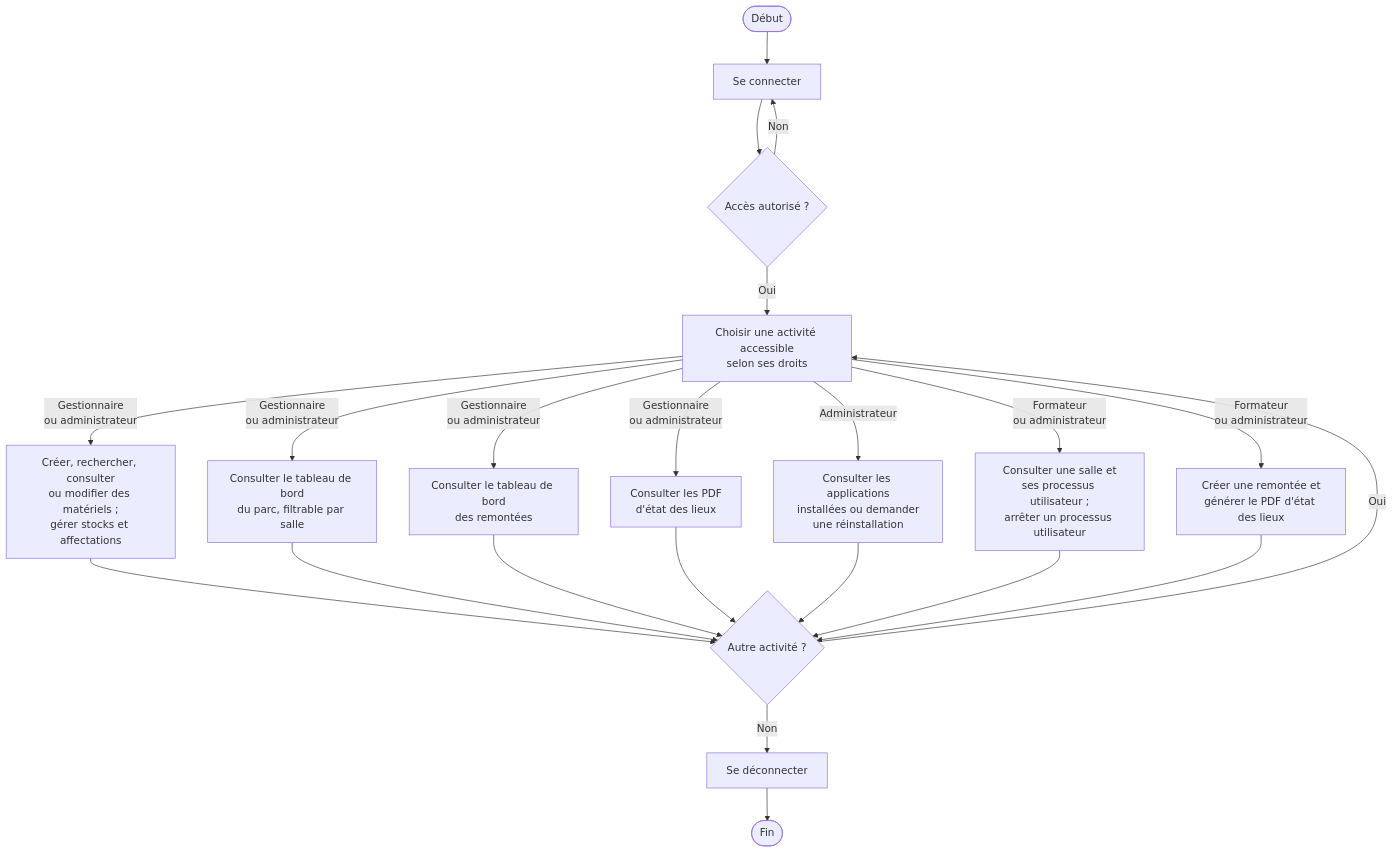
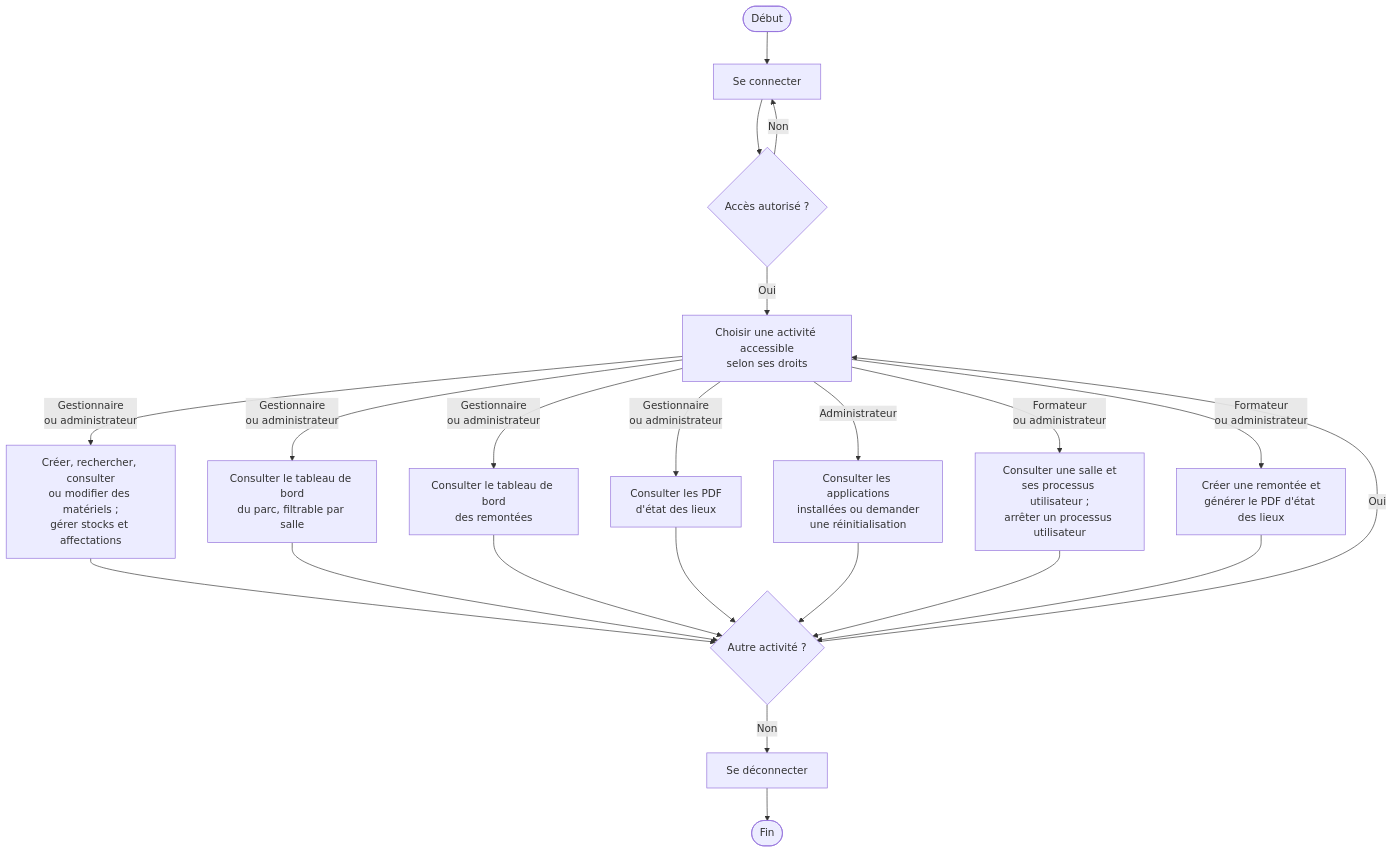
The first of 3 diagrams in docs/07-DIAGRAMMES-ACTIVITE.md (bpierrelouis/aster), drawn with Mermaid before and after one commit. The commit also changed other lines of this file and 22 other files, not shown here.

First line of the commit message:
docs: nommer « réinitialisation » la réinstallation du système des postes

````diff
--- a/docs/07-DIAGRAMMES-ACTIVITE.md
+++ b/docs/07-DIAGRAMMES-ACTIVITE.md
@@ -11,26 +11,26 @@
 ```mermaid
 flowchart TD
     debut(["Début"]) --> connexion["Se connecter"]
     connexion --> acces{"Accès autorisé ?"}
     acces -->|"Non"| connexion
     acces -->|"Oui"| choix["Choisir une activité accessible<br/>selon ses droits"]
 
     choix -->|"Gestionnaire<br/>ou administrateur"| parc["Créer, rechercher, consulter<br/>ou modifier des matériels ;<br/>gérer stocks et affectations"]
     choix -->|"Gestionnaire<br/>ou administrateur"| bordParc["Consulter le tableau de bord<br/>du parc, filtrable par salle"]
     choix -->|"Gestionnaire<br/>ou administrateur"| bordRemontees["Consulter le tableau de bord<br/>des remontées"]
     choix -->|"Gestionnaire<br/>ou administrateur"| documents["Consulter les PDF<br/>d'état des lieux"]
-    choix -->|"Administrateur"| administration["Consulter les applications<br/>installées ou demander<br/>une réinstallation"]
+    choix -->|"Administrateur"| administration["Consulter les applications<br/>installées ou demander<br/>une réinitialisation"]
     choix -->|"Formateur<br/>ou administrateur"| supervision["Consulter une salle et<br/>ses processus utilisateur ;<br/>arrêter un processus utilisateur"]
     choix -->|"Formateur<br/>ou administrateur"| remontee["Créer une remontée et<br/>générer le PDF d'état des lieux"]
 
     parc --> suite{"Autre activité ?"}
     bordParc --> suite
     bordRemontees --> suite
     documents --> suite
     administration --> suite
     supervision --> suite
     remontee --> suite
     suite -->|"Oui"| choix
     suite -->|"Non"| deconnexion["Se déconnecter"]
     deconnexion --> fin(["Fin"])
 ```
````
